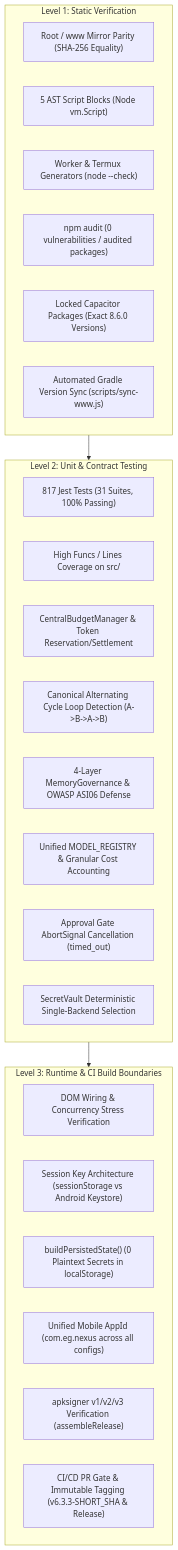
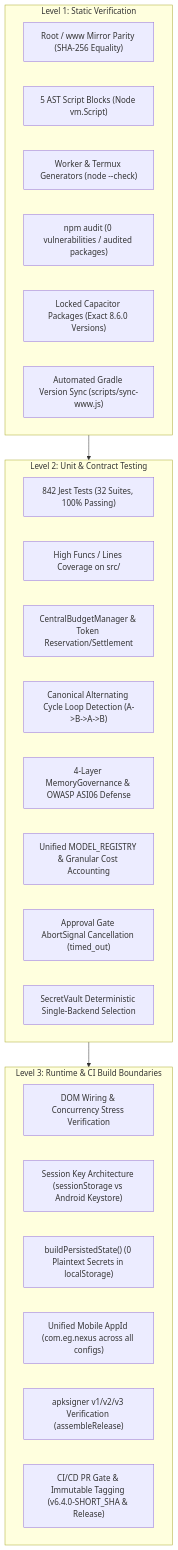
Before and after one commit to dicardotr46-max/EG-Nexus-OS: the first of 2 diagrams in AUDIT_REPORT.md, drawn with Mermaid. The commit also changed other lines of this file and 26 other files, not shown here.

````diff
--- a/AUDIT_REPORT.md
+++ b/AUDIT_REPORT.md
@@ -21,34 +31,34 @@
 ```mermaid
 flowchart TD
     subgraph LEVEL_1["Level 1: Static Verification"]
         PARITY["Root / www Mirror Parity (SHA-256 Equality)"]
         AST["5 AST Script Blocks (Node vm.Script)"]
         TMPL["Worker & Termux Generators (node --check)"]
         NPM["npm audit (0 vulnerabilities / audited packages)"]
         PINS["Locked Capacitor Packages (Exact 8.6.0 Versions)"]
         GRADLE_SYNC["Automated Gradle Version Sync (scripts/sync-www.js)"]
     end
 
     subgraph LEVEL_2["Level 2: Unit & Contract Testing"]
-        JEST["817 Jest Tests (31 Suites, 100% Passing)"]
+        JEST["842 Jest Tests (32 Suites, 100% Passing)"]
         COV["High Funcs / Lines Coverage on src/"]
         TOKEN_BUDGET["CentralBudgetManager & Token Reservation/Settlement"]
         LOOP_DET["Canonical Alternating Cycle Loop Detection (A->B->A->B)"]
         MEM_GOV["4-Layer MemoryGovernance & OWASP ASI06 Defense"]
         MODEL_REG["Unified MODEL_REGISTRY & Granular Cost Accounting"]
         TIMEOUT_ABORT["Approval Gate AbortSignal Cancellation (timed_out)"]
         VAULT_UNIF["SecretVault Deterministic Single-Backend Selection"]
     end
 
     subgraph LEVEL_3["Level 3: Runtime & CI Build Boundaries"]
         DOM_WIRING["DOM Wiring & Concurrency Stress Verification"]
         SESSION["Session Key Architecture (sessionStorage vs Android Keystore)"]
         STRIP["buildPersistedState() (0 Plaintext Secrets in localStorage)"]
         APPID_PARITY["Unified Mobile AppId (com.eg.nexus across all configs)"]
         SIGN["apksigner v1/v2/v3 Verification (assembleRelease)"]
-        GATE["CI/CD PR Gate & Immutable Tagging (v6.3.3-SHORT_SHA & Release)"]
+        GATE["CI/CD PR Gate & Immutable Tagging (v6.4.0-SHORT_SHA & Release)"]
     end
 
     LEVEL_1 --> LEVEL_2
     LEVEL_2 --> LEVEL_3
 ```
````
